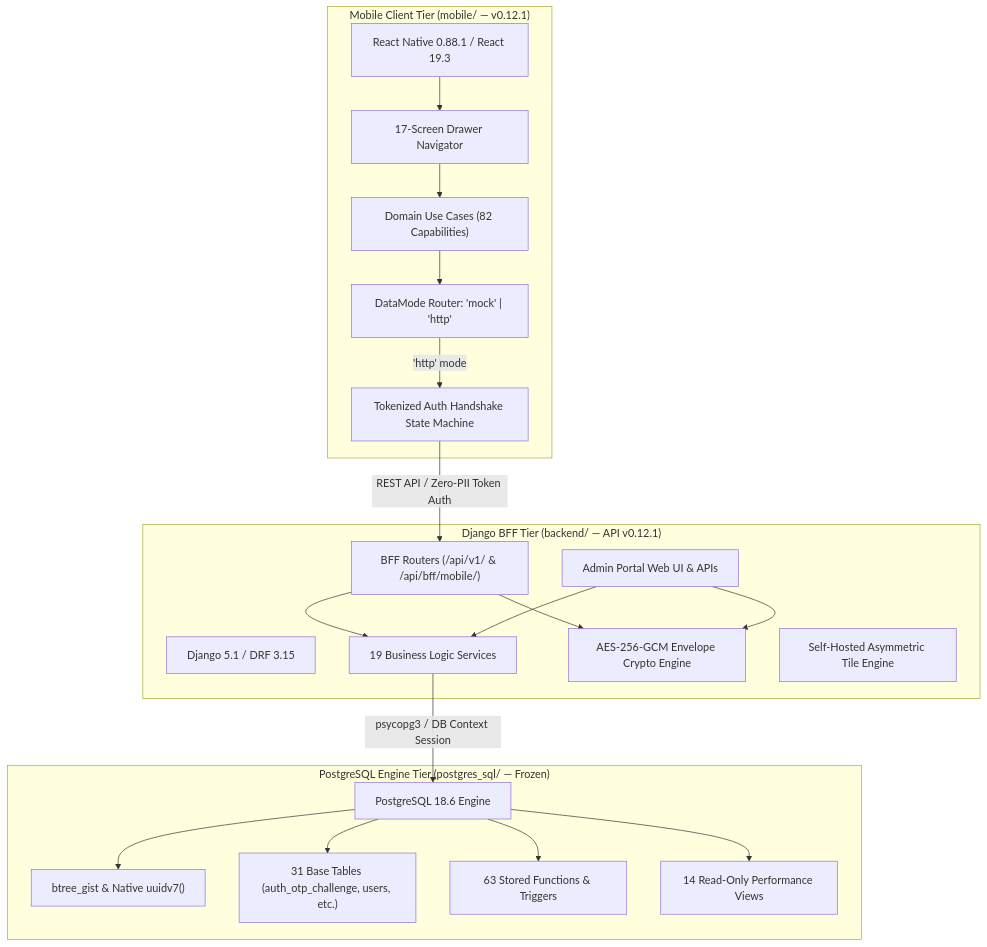
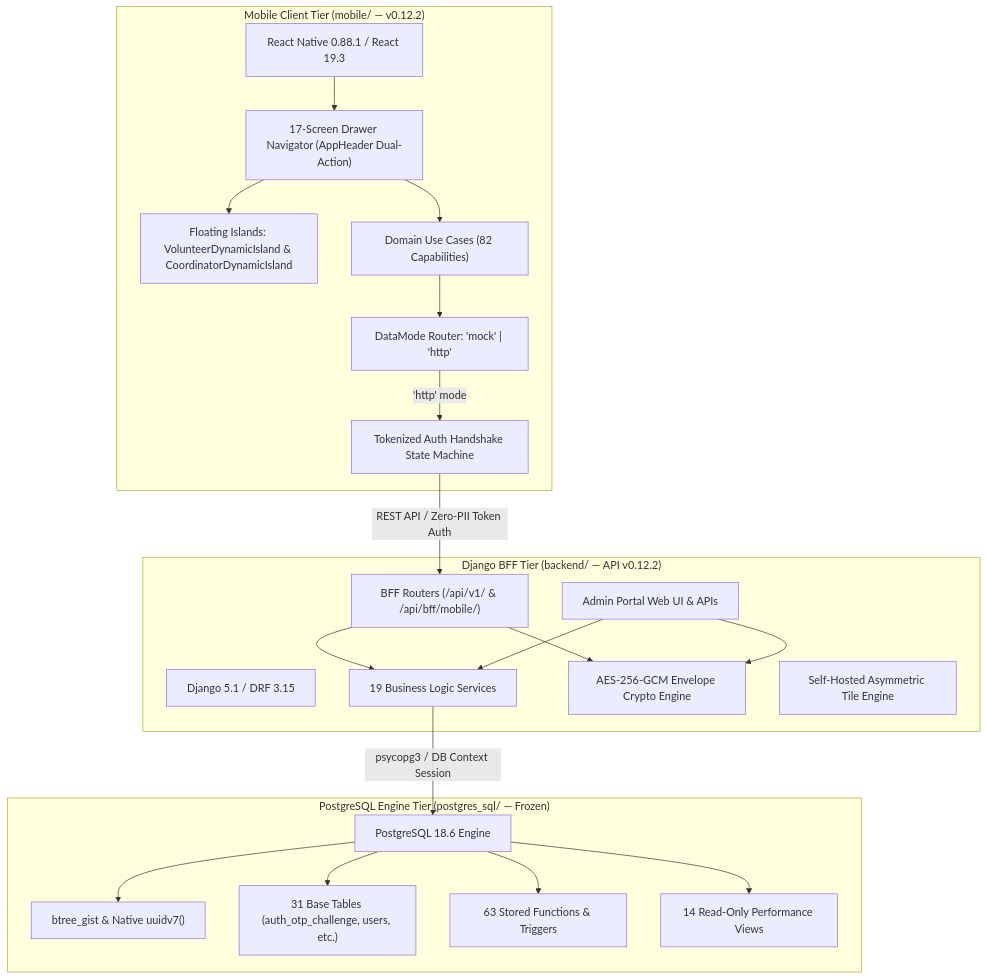
The diagram in docs/README.md (ThuraAung-Rayaar/Volunteer_Coordination_System), drawn with Mermaid before and after one commit. The commit also changed other lines of this file and 23 other files, not shown here.

````diff
--- a/docs/README.md
+++ b/docs/README.md
@@ -44,42 +43,44 @@
 ```mermaid
 flowchart TD
-    subgraph ClientTier["Mobile Client Tier (mobile/ — v0.12.1)"]
+    subgraph ClientTier["Mobile Client Tier (mobile/ — v0.12.2)"]
         RN["React Native 0.88.1 / React 19.3"]
-        NAV["17-Screen Drawer Navigator"]
+        NAV["17-Screen Drawer Navigator (AppHeader Dual-Action)"]
+        ISLANDS["Floating Islands: VolunteerDynamicIsland & CoordinatorDynamicIsland"]
         USE_CASES["Domain Use Cases (82 Capabilities)"]
         DM["DataMode Router: 'mock' | 'http'"]
         AUTH_CLIENT["Tokenized Auth Handshake State Machine"]
     end
 
-    subgraph BackendTier["Django BFF Tier (backend/ — API v0.12.1)"]
+    subgraph BackendTier["Django BFF Tier (backend/ — API v0.12.2)"]
         DRF["Django 5.1 / DRF 3.15"]
         BFF["BFF Routers (/api/v1/ & /api/bff/mobile/)"]
         ADM["Admin Portal Web UI & APIs"]
         SRV["19 Business Logic Services"]
         CRYPTO["AES-256-GCM Envelope Crypto Engine"]
         MAP_ENG["Self-Hosted Asymmetric Tile Engine"]
     end
 
     subgraph DatabaseTier["PostgreSQL Engine Tier (postgres_sql/ — Frozen)"]
         PG["PostgreSQL 18.6 Engine"]
         EXT["btree_gist & Native uuidv7()"]
         TABLES["31 Base Tables (auth_otp_challenge, users, etc.)"]
         TRIG["63 Stored Functions & Triggers"]
         VIEWS["14 Read-Only Performance Views"]
     end
 
     RN --> NAV
+    NAV --> ISLANDS
     NAV --> USE_CASES
     USE_CASES --> DM
     DM -->|'http' mode| AUTH_CLIENT
     AUTH_CLIENT -->|REST API / Zero-PII Token Auth| BFF
     BFF --> SRV
     BFF --> CRYPTO
     ADM --> SRV
     ADM --> CRYPTO
     SRV -->|psycopg3 / DB Context Session| PG
     PG --> EXT
     PG --> TABLES
     PG --> TRIG
     PG --> VIEWS
 ```
````
